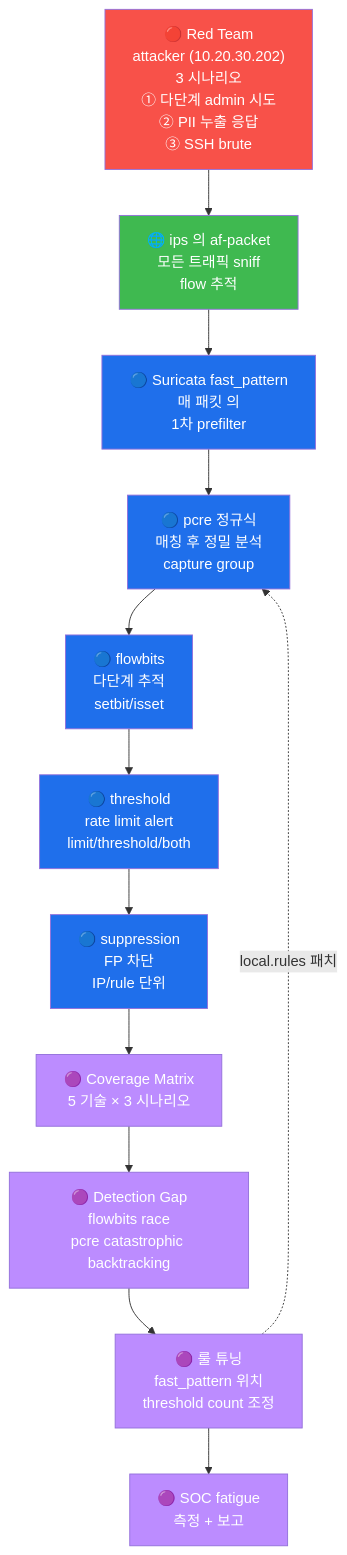
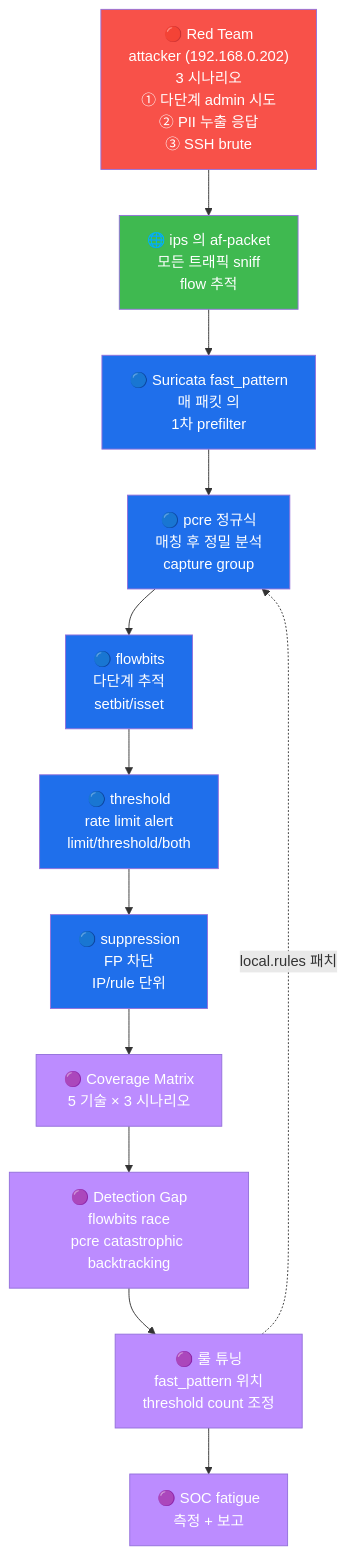
Before and after one commit to mrgrit/tw2: the second of 2 diagrams in contents/training/secuops/lecture_week04.md, drawn with Mermaid. The commit also changed other lines of this file and 1 other file, not shown here.

First line of the commit message:
feat(secuops): W04 Suricata 룰 심화 — docker exec → 장비 SSH (자연 URL)

````diff
--- a/contents/training/secuops/lecture_week04.md
+++ b/contents/training/secuops/lecture_week04.md
@@ -1102,41 +1100,41 @@
 ```mermaid
 graph TD
-    R["🔴 Red Team<br/>attacker (10.20.30.202)<br/>3 시나리오<br/>① 다단계 admin 시도<br/>② PII 누출 응답<br/>③ SSH brute"]
+    R["🔴 Red Team<br/>attacker (192.168.0.202)<br/>3 시나리오<br/>① 다단계 admin 시도<br/>② PII 누출 응답<br/>③ SSH brute"]
 
     NET["🌐 ips 의 af-packet<br/>모든 트래픽 sniff<br/>flow 추적"]
 
     B1["🔵 Suricata fast_pattern<br/>매 패킷 의<br/>1차 prefilter"]
     B2["🔵 pcre 정규식<br/>매칭 후 정밀 분석<br/>capture group"]
     B3["🔵 flowbits<br/>다단계 추적<br/>setbit/isset"]
     B4["🔵 threshold<br/>rate limit alert<br/>limit/threshold/both"]
     B5["🔵 suppression<br/>FP 차단<br/>IP/rule 단위"]
 
     P1["🟣 Coverage Matrix<br/>5 기술 × 3 시나리오"]
     P2["🟣 Detection Gap<br/>flowbits race<br/>pcre catastrophic backtracking"]
     P3["🟣 룰 튜닝<br/>fast_pattern 위치<br/>threshold count 조정"]
     P4["🟣 SOC fatigue<br/>측정 + 보고"]
 
     R --> NET
     NET --> B1
     B1 --> B2
     B2 --> B3
     B3 --> B4
     B4 --> B5
     B5 --> P1
     P1 --> P2
     P2 --> P3
     P3 --> P4
     P3 -.->|local.rules 패치| B2
 
     style R fill:#f85149,color:#fff
     style NET fill:#3fb950,color:#fff
     style B1 fill:#1f6feb,color:#fff
     style B2 fill:#1f6feb,color:#fff
     style B3 fill:#1f6feb,color:#fff
     style B4 fill:#1f6feb,color:#fff
     style B5 fill:#1f6feb,color:#fff
     style P1 fill:#bc8cff,color:#fff
     style P2 fill:#bc8cff,color:#fff
     style P3 fill:#bc8cff,color:#fff
     style P4 fill:#bc8cff,color:#fff
 ```
````
